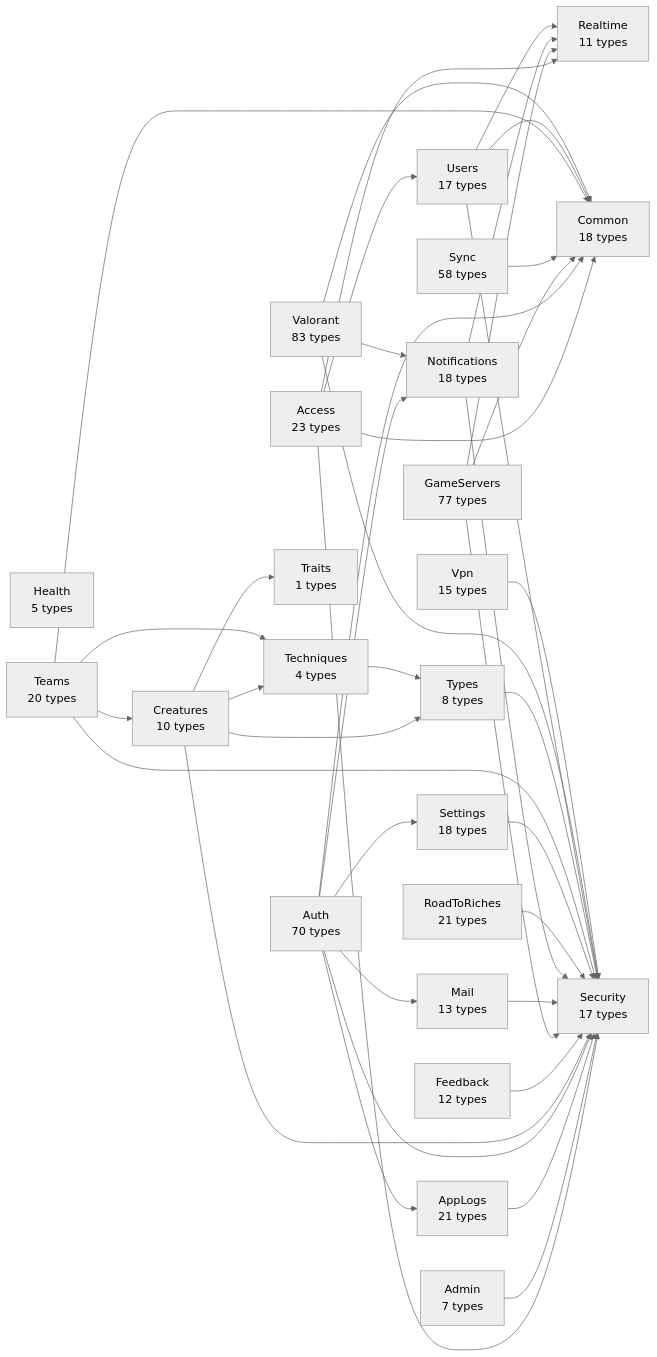
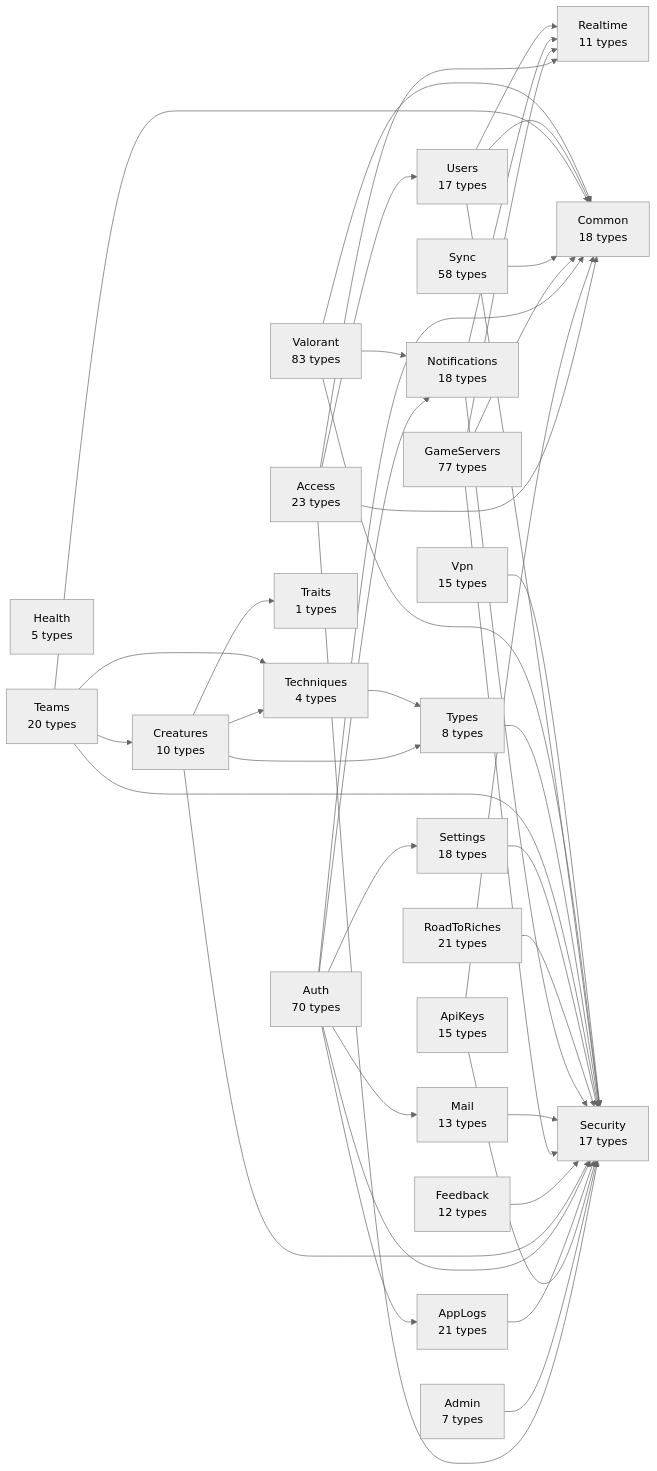
Before and after one commit to huiitre/Tools-app: the diagram in api/docs/diagrams/00-modules.md, drawn with Mermaid (neutral theme). The commit also changed 26 other files, not shown here.

````diff
--- a/api/docs/diagrams/00-modules.md
+++ b/api/docs/diagrams/00-modules.md
@@ -5,65 +5,68 @@
 ```mermaid
 flowchart LR
   Access["Access<br/>23 types"]
   Admin["Admin<br/>7 types"]
+  ApiKeys["ApiKeys<br/>15 types"]
   AppLogs["AppLogs<br/>21 types"]
   Auth["Auth<br/>70 types"]
   Common["Common<br/>18 types"]
   Creatures["Creatures<br/>10 types"]
   Feedback["Feedback<br/>12 types"]
   GameServers["GameServers<br/>77 types"]
   Health["Health<br/>5 types"]
   Mail["Mail<br/>13 types"]
   Notifications["Notifications<br/>18 types"]
   Realtime["Realtime<br/>11 types"]
   RoadToRiches["RoadToRiches<br/>21 types"]
   Security["Security<br/>17 types"]
   Settings["Settings<br/>18 types"]
   Sync["Sync<br/>58 types"]
   Teams["Teams<br/>20 types"]
   Techniques["Techniques<br/>4 types"]
   Traits["Traits<br/>1 types"]
   Types["Types<br/>8 types"]
   Users["Users<br/>17 types"]
   Valorant["Valorant<br/>83 types"]
   Vpn["Vpn<br/>15 types"]
   Access --> Common
   Access --> Realtime
   Access --> Security
   Access --> Users
   Admin --> Security
+  ApiKeys --> Common
+  ApiKeys --> Security
   AppLogs --> Security
   Auth --> AppLogs
   Auth --> Common
   Auth --> Mail
   Auth --> Notifications
   Auth --> Security
   Auth --> Settings
   Creatures --> Security
   Creatures --> Techniques
   Creatures --> Traits
   Creatures --> Types
   Feedback --> Security
   GameServers --> Common
   GameServers --> Realtime
   GameServers --> Security
   Mail --> Security
   Notifications --> Realtime
   Notifications --> Security
   RoadToRiches --> Security
   Settings --> Security
   Sync --> Common
   Teams --> Common
   Teams --> Creatures
   Teams --> Security
   Teams --> Techniques
   Techniques --> Types
   Types --> Security
   Users --> Common
   Users --> Realtime
   Users --> Security
   Valorant --> Common
   Valorant --> Notifications
   Valorant --> Security
   Vpn --> Security
 ```
````
